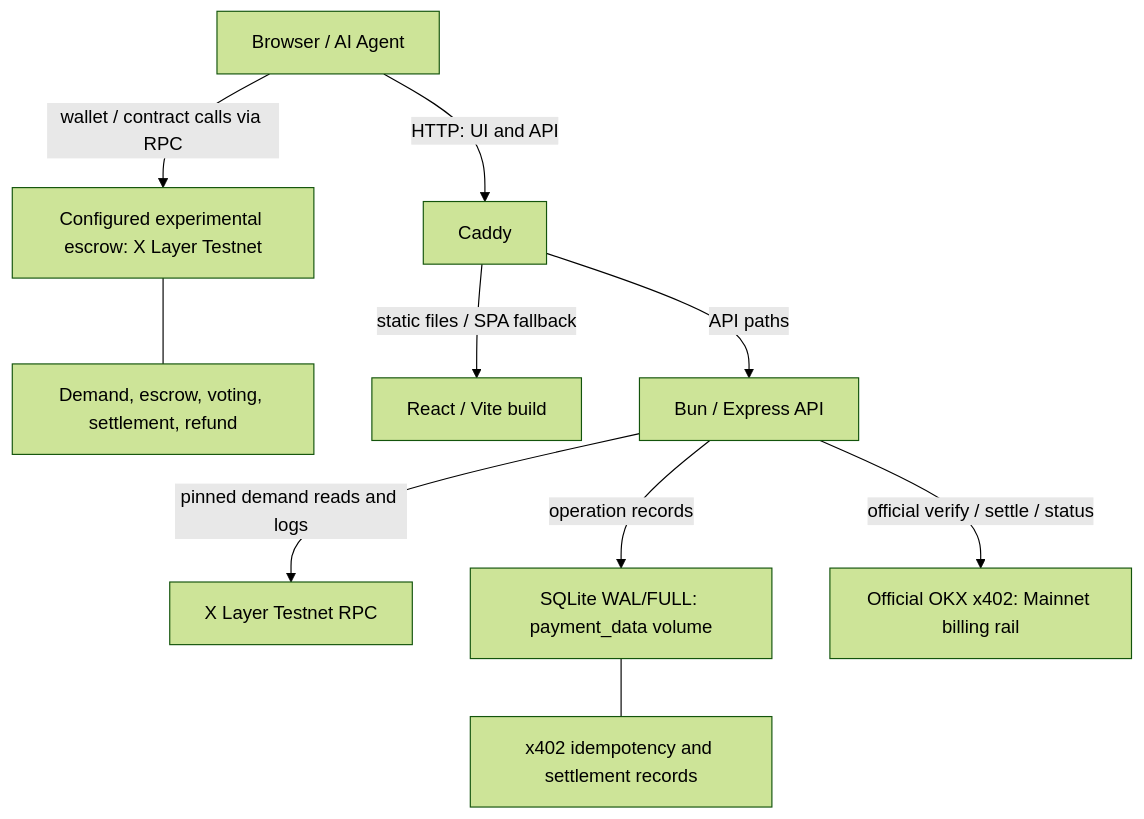
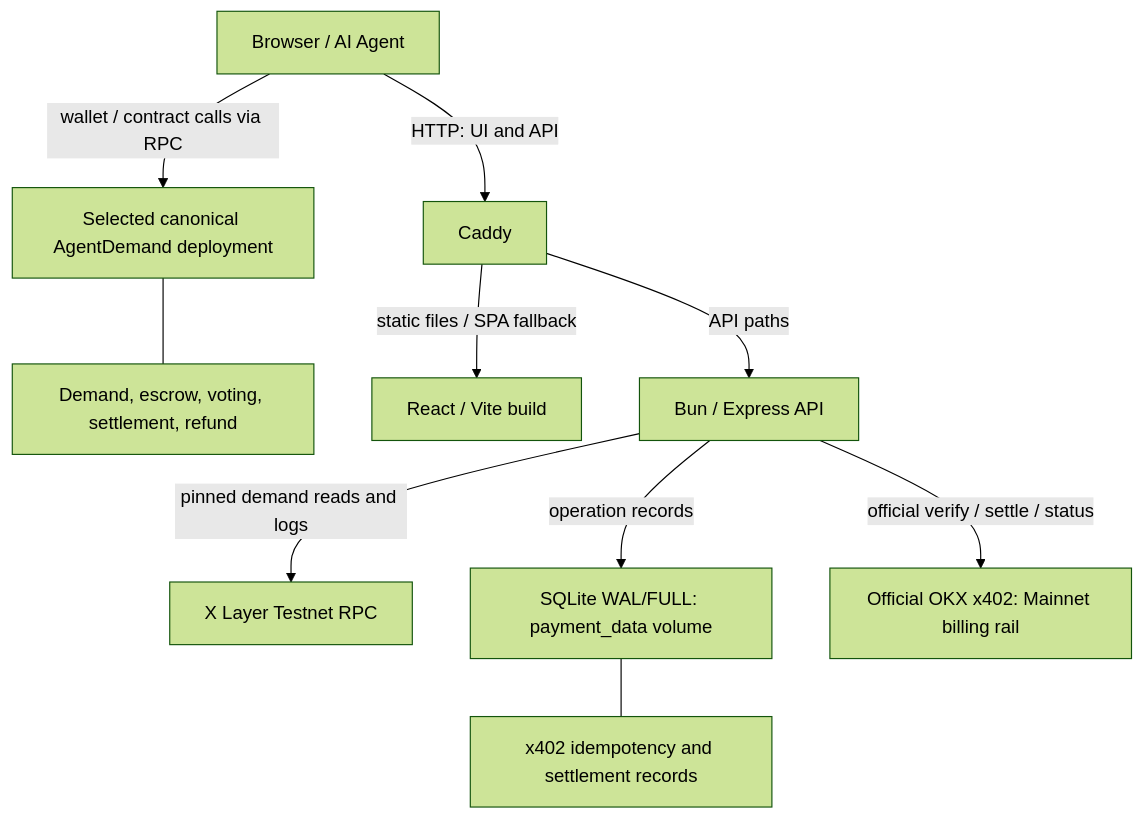
The diagram in docs/ARCHITECTURE.md (riyannode/UNMET), drawn with Mermaid (forest theme) before and after one commit. The commit also changed other lines of this file and 57 other files, not shown here.

First line of the commit message:
feat: integrate canonical AgentDemand consumers (#30)

````diff
--- a/docs/ARCHITECTURE.md
+++ b/docs/ARCHITECTURE.md
@@ -5,12 +5,12 @@
 ```mermaid
 flowchart TD
-    U[Browser / AI Agent] -->|wallet / contract calls via RPC| X[Configured experimental escrow: X Layer Testnet]
+    U[Browser / AI Agent] -->|wallet / contract calls via RPC| X[Selected canonical AgentDemand deployment]
     X --- E[Demand, escrow, voting, settlement, refund]
     U -->|HTTP: UI and API| C[Caddy]
     C -->|static files / SPA fallback| F[React / Vite build]
     C -->|API paths| B[Bun / Express API]
     B -->|pinned demand reads and logs| R[X Layer Testnet RPC]
     B -->|operation records| S[SQLite WAL/FULL: payment_data volume]
     S --- I[x402 idempotency and settlement records]
     B -->|official verify / settle / status| O[Official OKX x402: Mainnet billing rail]
 ```
````
